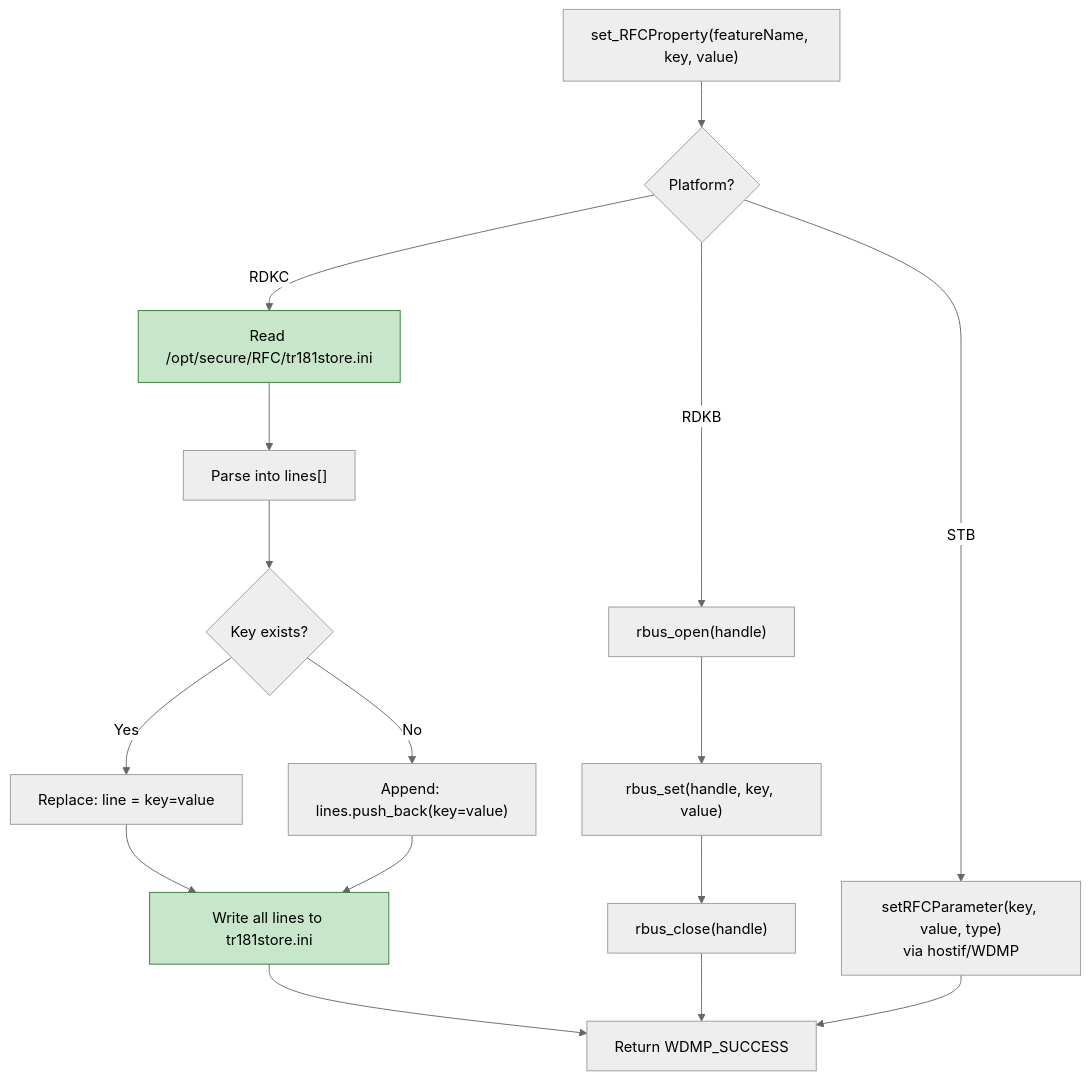
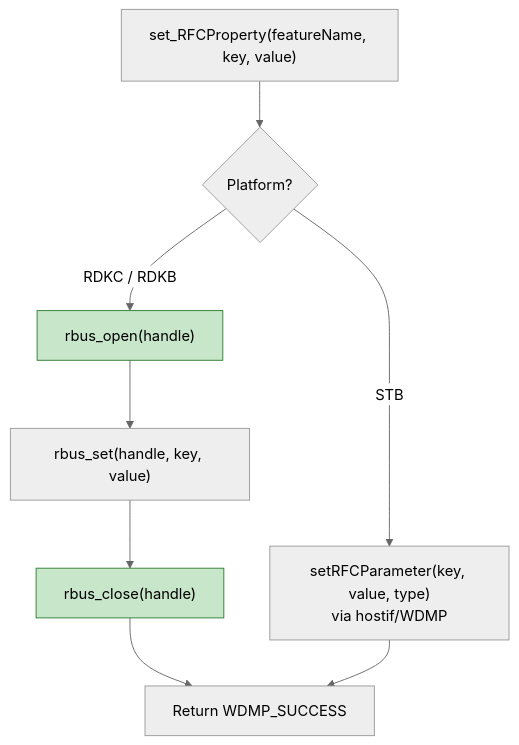
Before and after one commit to rdkcentral/rfc: the fifth of 10 diagrams in docs/data-processing-flow.md, drawn with Mermaid (neutral theme). The commit also changed other lines of this file and 3 other files, not shown here.

````diff
--- a/docs/data-processing-flow.md
+++ b/docs/data-processing-flow.md
@@ -243,26 +243,17 @@
 ```mermaid
 flowchart TD
     A["set_RFCProperty(featureName, key, value)"]
     
     A --> B{"Platform?"}
     
-    B -- "RDKC" --> C["Read /opt/secure/RFC/tr181store.ini"]
-    C --> D["Parse into lines[]"]
-    D --> E{"Key exists?"}
-    E -- Yes --> F["Replace: line = key=value"]
-    E -- No --> G["Append: lines.push_back(key=value)"]
-    F --> H["Write all lines to tr181store.ini"]
-    G --> H
-    H --> I["Return WDMP_SUCCESS"]
-
-    B -- "RDKB" --> J["rbus_open(handle)"]
+    B -- "RDKC / RDKB" --> J["rbus_open(handle)"]
     J --> K["rbus_set(handle, key, value)"]
     K --> L["rbus_close(handle)"]
-    L --> I
+    L --> I["Return WDMP_SUCCESS"]
 
     B -- "STB" --> M["setRFCParameter(key, value, type)<br/>via hostif/WDMP"]
     M --> I
 
-    style C fill:#c8e6c9,stroke:#2e7d32
-    style H fill:#c8e6c9,stroke:#2e7d32
+    style J fill:#c8e6c9,stroke:#2e7d32
+    style L fill:#c8e6c9,stroke:#2e7d32
 ```
````
